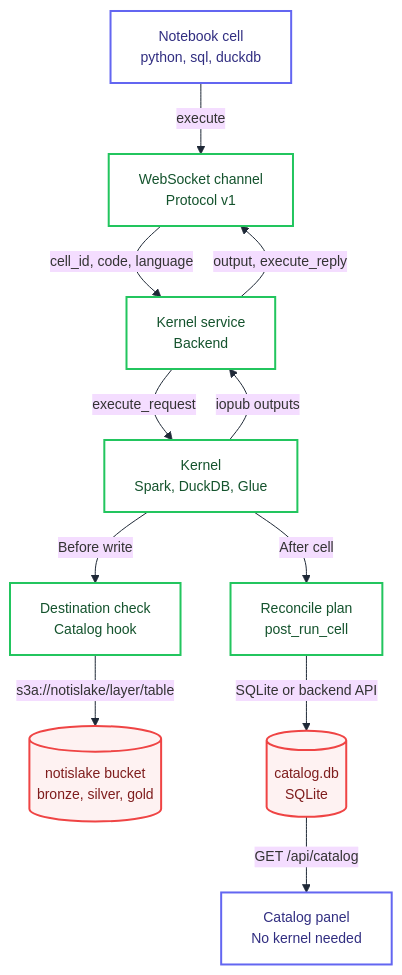
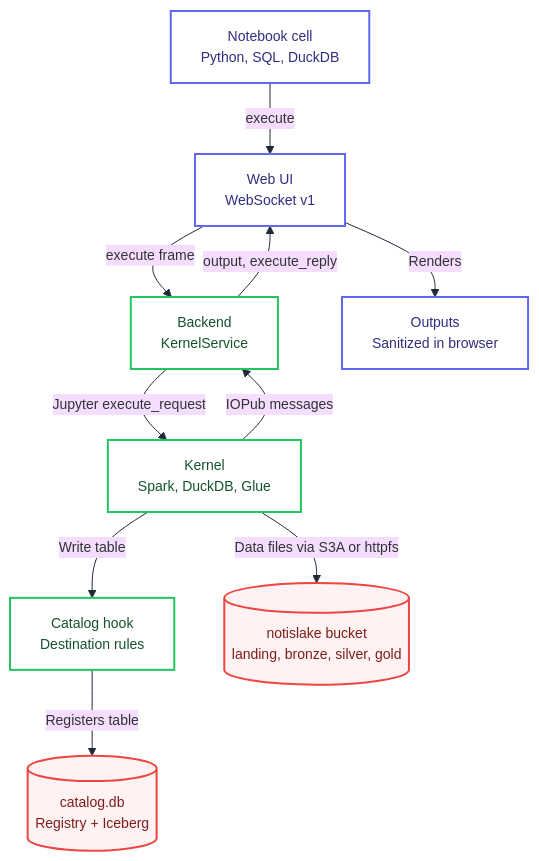
Before and after one commit to ROM-mm/Notisbook: the diagram in docs/arch/data-flow.mmd, drawn with Mermaid. The commit also changed 55 other files, not shown here.

```diff
--- a/docs/arch/data-flow.mmd
+++ b/docs/arch/data-flow.mmd
@@ -1,36 +1,34 @@
 %%{init: {"theme":"base",
   "fontFamily":"ui-monospace, SFMono-Regular, Menlo, monospace",
   "themeVariables":{
     "fontSize":"14px","lineColor":"#1F2937",
     "clusterBkg":"#FFFFFF","clusterBorder":"#E2E8F0"}}}%%
 graph TB
-    CELL["Notebook cell<br/>python, sql, duckdb"]
-    WS["WebSocket channel<br/>Protocol v1"]
-    KSVC["Kernel service<br/>Backend"]
+    CELL["Notebook cell<br/>Python, SQL, DuckDB"]
+    UI["Web UI<br/>WebSocket v1"]
+    API["Backend<br/>KernelService"]
     KERNEL["Kernel<br/>Spark, DuckDB, Glue"]
-    CHECK["Destination check<br/>Catalog hook"]
-    LAKE[("notislake bucket<br/>bronze, silver, gold")]
-    PLAN["Reconcile plan<br/>post_run_cell"]
-    CATDB[("catalog.db<br/>SQLite")]
-    PANEL["Catalog panel<br/>No kernel needed"]
+    HOOK["Catalog hook<br/>Destination rules"]
+    CATDB[("catalog.db<br/>Registry + Iceberg")]
+    MINIO[("notislake bucket<br/>landing, bronze, silver, gold")]
+    OUT["Outputs<br/>Sanitized in browser"]
 
-    CELL -->|"execute"| WS
-    WS -->|"cell_id, code, language"| KSVC
-    KSVC -->|"execute_request"| KERNEL
-    KERNEL -->|"Before write"| CHECK
-    CHECK -->|"s3a://notislake/layer/table"| LAKE
-    KERNEL -->|"After cell"| PLAN
-    PLAN -->|"SQLite or backend API"| CATDB
-    CATDB -->|"GET /api/catalog"| PANEL
-    KERNEL -->|"iopub outputs"| KSVC
-    KSVC -->|"output, execute_reply"| WS
+    CELL -->|"execute"| UI
+    UI -->|"execute frame"| API
+    API -->|"Jupyter execute_request"| KERNEL
+    KERNEL -->|"Write table"| HOOK
+    HOOK -->|"Registers table"| CATDB
+    KERNEL -->|"Data files via S3A or httpfs"| MINIO
+    KERNEL -->|"IOPub messages"| API
+    API -->|"output, execute_reply"| UI
+    UI -->|"Renders"| OUT
 
     classDef external    fill:#FFFFFF,stroke:#F97316,stroke-width:2px,color:#7C2D12
     classDef integration fill:#FFFFFF,stroke:#6366F1,stroke-width:2px,color:#312E81
     classDef processing  fill:#FFFFFF,stroke:#22C55E,stroke-width:2px,color:#14532D
     classDef persistence fill:#FEF2F2,stroke:#EF4444,stroke-width:2px,color:#7F1D1D
     classDef support     fill:#FFFFFF,stroke:#38BDF8,stroke-width:2px,color:#075985
 
-    class CELL,PANEL integration
-    class WS,KSVC,KERNEL,CHECK,PLAN processing
-    class LAKE,CATDB persistence
+    class CELL,UI,OUT integration
+    class API,KERNEL,HOOK processing
+    class CATDB,MINIO persistence
```
